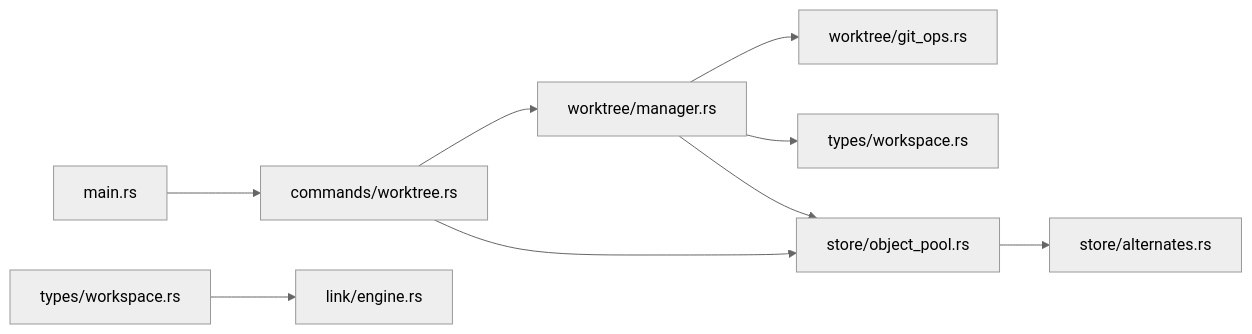
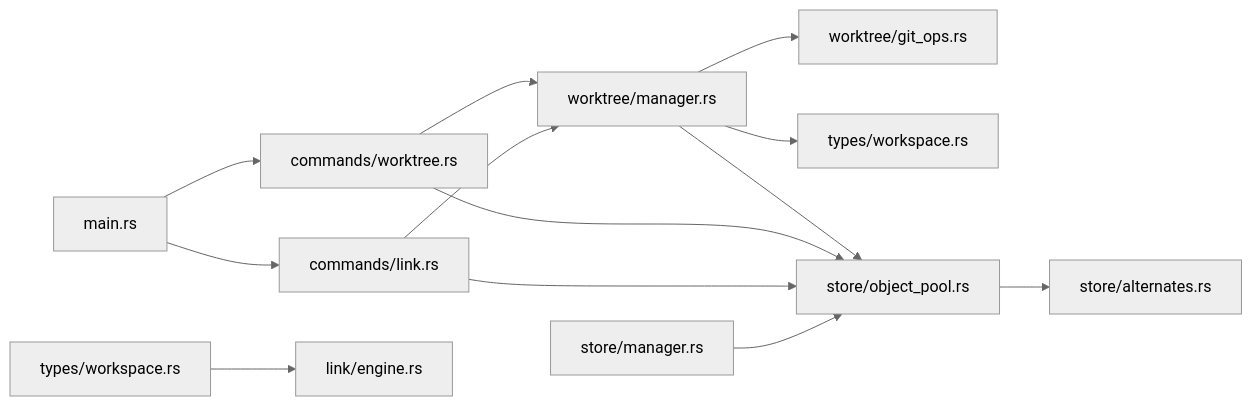
One commit to HWH-2019/vdw changed the seventh of 7 diagrams in .qoder/repowiki/en/content/Core Features Documentation/Git Worktree Integration (Editable Mode).md. Above: the diagram before and after it, drawn with Mermaid (neutral theme). The commit also changed other lines of this file and 4 other files, not shown here.

````diff
--- a/.qoder/repowiki/en/content/Core Features Documentation/Git Worktree Integration (Editable Mode).md
+++ b/.qoder/repowiki/en/content/Core Features Documentation/Git Worktree Integration (Editable Mode).md
@@ -297,11 +359,15 @@
 ```mermaid
 graph LR
 WM["worktree/manager.rs"] --> GO["worktree/git_ops.rs"]
 WM --> TI["types/workspace.rs"]
 WM --> OP["store/object_pool.rs"]
 CLI["commands/worktree.rs"] --> WM
 CLI --> OP
+LINK["commands/link.rs"] --> WM
+LINK --> OP
 MAIN["main.rs"] --> CLI
+MAIN --> LINK
 WS["types/workspace.rs"] --> LE["link/engine.rs"]
 OP --> ALT["store/alternates.rs"]
+SM["store/manager.rs"] --> OP
 ```
````
